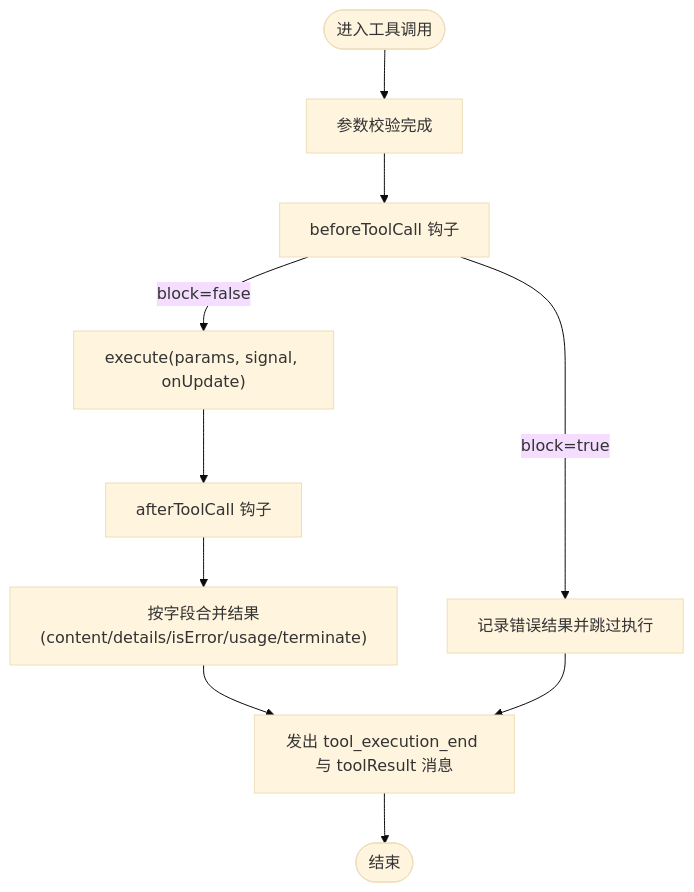
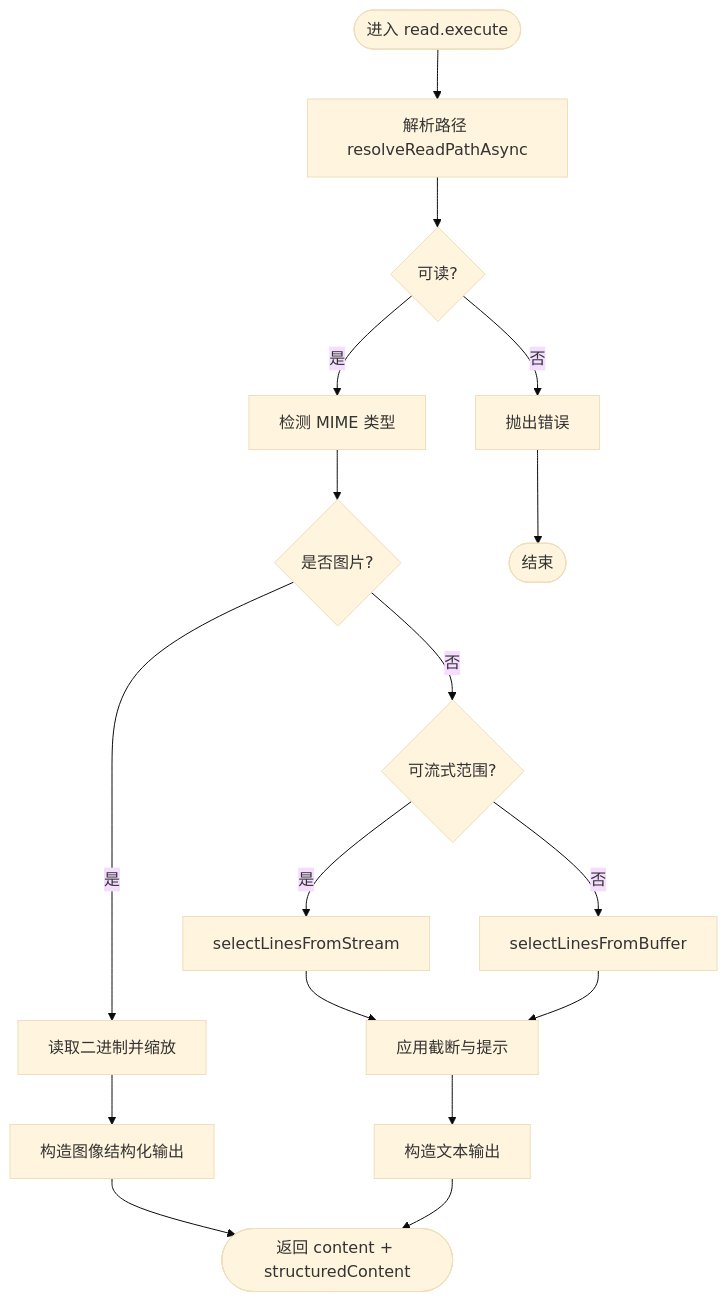
One commit to FDE-GROUP/oh-my-coding-agent changed the third of 6 diagrams in .qoder/repowiki/zh/content/工具系统/工具系统.md. Above: the diagram before and after it, drawn with Mermaid (base theme). The commit also changed other lines of this file and 755 other files, not shown here.

````diff
--- a/.qoder/repowiki/zh/content/工具系统/工具系统.md
+++ b/.qoder/repowiki/zh/content/工具系统/工具系统.md
@@ -141,12 +162,19 @@
 ```mermaid
 flowchart TD
-Start(["进入工具调用"]) --> Validate["参数校验完成"]
-Validate --> BeforeHook["beforeToolCall 钩子"]
-BeforeHook --> |block=true| Block["记录错误结果并跳过执行"]
-BeforeHook --> |block=false| Execute["execute(params, signal, onUpdate)"]
-Execute --> AfterHook["afterToolCall 钩子"]
-AfterHook --> Merge["按字段合并结果(content/details/isError/usage/terminate)"]
-Merge --> Emit["发出 tool_execution_end 与 toolResult 消息"]
-Block --> Emit
-Emit --> End(["结束"])
+Start(["进入 read.execute"]) --> Resolve["解析路径 resolveReadPathAsync"]
+Resolve --> CheckAccess{"可读?"}
+CheckAccess --> |否| Reject["抛出错误"]
+CheckAccess --> |是| DetectMime["检测 MIME 类型"]
+DetectMime --> IsImage{"是否图片?"}
+IsImage --> |是| ReadImg["读取二进制并缩放"]
+ReadImg --> BuildImgOut["构造图像结构化输出"]
+IsImage --> |否| Streamable{"可流式范围?"}
+Streamable --> |是| SelectStream["selectLinesFromStream"]
+Streamable --> |否| SelectBuf["selectLinesFromBuffer"]
+SelectStream --> Truncation["应用截断与提示"]
+SelectBuf --> Truncation
+Truncation --> TextOut["构造文本输出"]
+BuildImgOut --> Done(["返回 content + structuredContent"])
+TextOut --> Done
+Reject --> End(["结束"])
 ```
````
